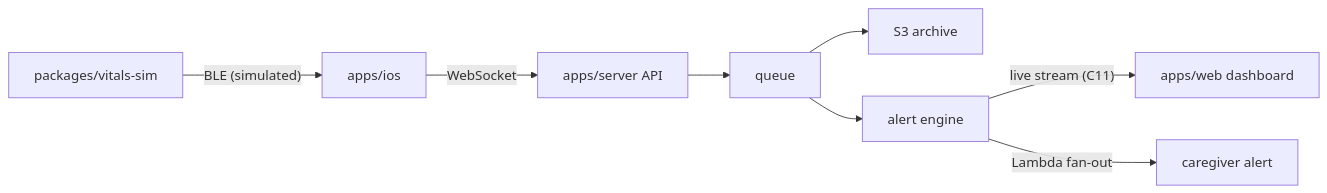
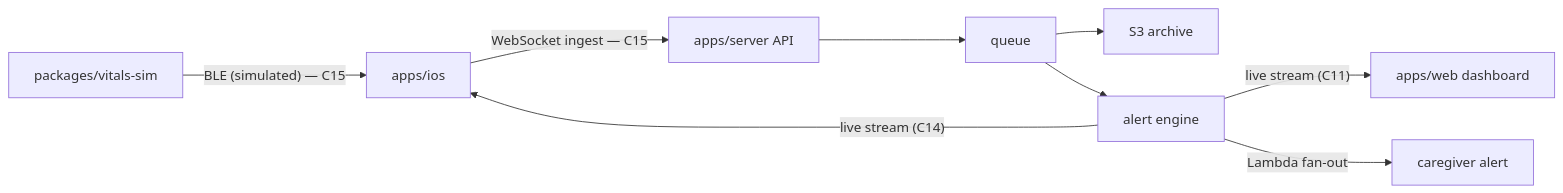
One commit to sebkoo/maekbeat changed the diagram in README.md. Above: the diagram before and after it, drawn with Mermaid. The commit also changed other lines of this file and 53 other files, not shown here.

````diff
--- a/README.md
+++ b/README.md
@@ -21,10 +21,11 @@
 ```mermaid
 flowchart LR
-  SIM["packages/vitals-sim"] -->|"BLE (simulated)"| IOS["apps/ios"]
-  IOS -->|"WebSocket"| API["apps/server API"]
+  SIM["packages/vitals-sim"] -->|"BLE (simulated) — C15"| IOS["apps/ios"]
+  IOS -->|"WebSocket ingest — C15"| API["apps/server API"]
   API --> Q["queue"]
   Q --> S3["S3 archive"]
   Q --> AL["alert engine"]
   AL -->|"live stream (C11)"| WEB["apps/web dashboard"]
+  AL -->|"live stream (C14)"| IOS
   AL -->|"Lambda fan-out"| ALERT["caregiver alert"]
 ```
````
